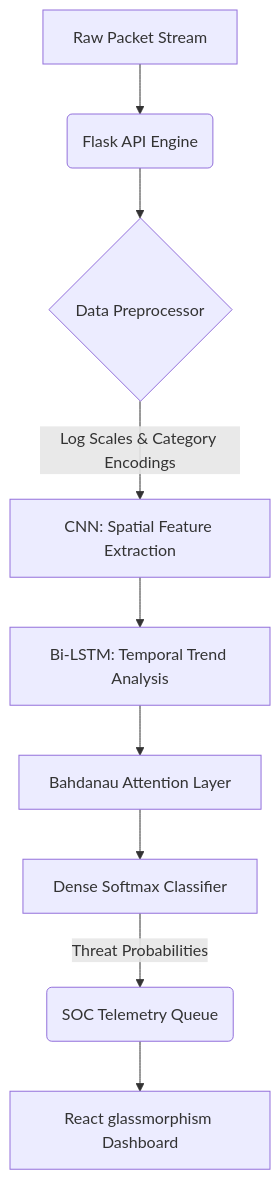
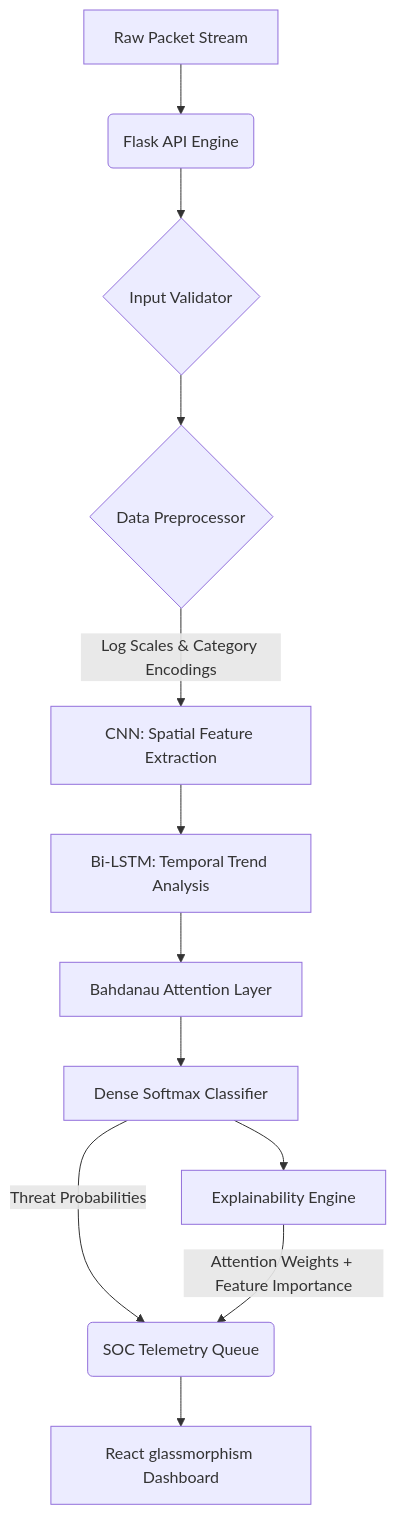
One commit to sukhman-shergill/NeuroShield changed the diagram in README.md. Above: the diagram before and after it, drawn with Mermaid. The commit also changed other lines of this file and 30 other files, not shown here.

````diff
--- a/README.md
+++ b/README.md
@@ -19,11 +18,14 @@
 ```mermaid
 graph TD
     A[Raw Packet Stream] --> B(Flask API Engine)
-    B --> C{Data Preprocessor}
+    B --> V{Input Validator}
+    V --> C{Data Preprocessor}
     C -->|Log Scales & Category Encodings| D[CNN: Spatial Feature Extraction]
     D --> E[Bi-LSTM: Temporal Trend Analysis]
     E --> F[Bahdanau Attention Layer]
     F --> G[Dense Softmax Classifier]
     G -->|Threat Probabilities| H(SOC Telemetry Queue)
+    G --> X[Explainability Engine]
+    X -->|Attention Weights + Feature Importance| H
     H --> I[React glassmorphism Dashboard]
 ```
````
